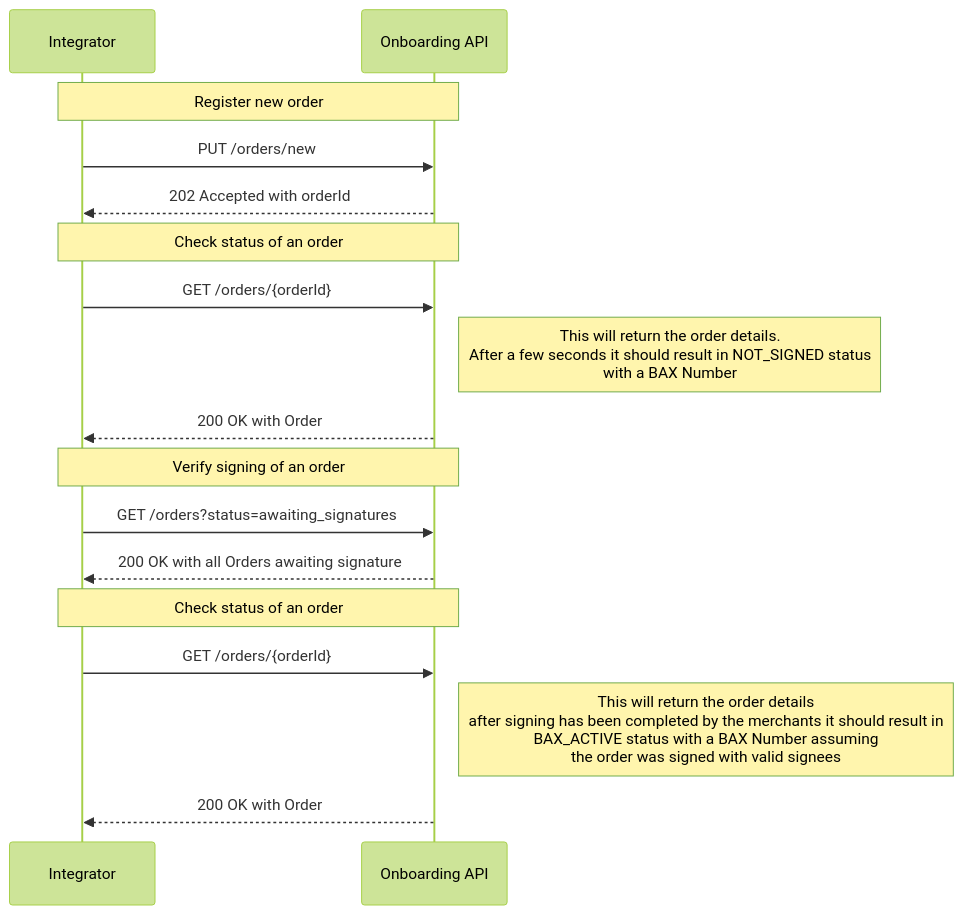
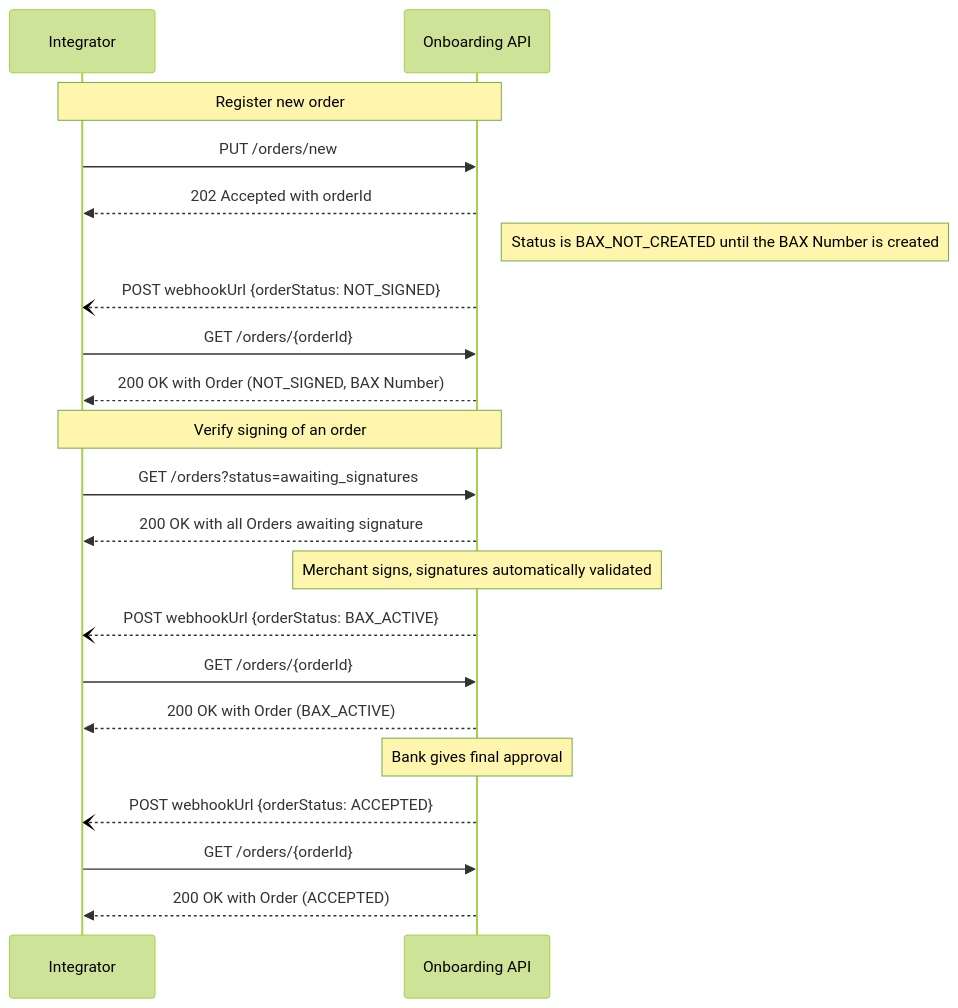
The first of 9 diagrams in docs/prod_flows.md (BankAxept/bankaxept-onboarding-external-documentation), drawn with Mermaid (forest theme) before and after one commit. The commit also changed other lines of this file and 6 other files, not shown here.

First line of the commit message:
Link from the introduction flowchart to the prod/test flows (#48)

````diff
--- a/docs/prod_flows.md
+++ b/docs/prod_flows.md
@@ -5,23 +9,28 @@
 ```mermaid
 sequenceDiagram
 participant I as Integrator
 participant O as Onboarding API
 
 note over I, O: Register new order
 I ->> O: PUT /orders/new
 O -->> I: 202 Accepted with orderId
+note right of O: Status is BAX_NOT_CREATED until the BAX Number is created
 
-note over I, O: Check status of an order
+O --) I: POST webhookUrl {orderStatus: NOT_SIGNED}
 I ->> O : GET /orders/{orderId}
-note right of O: This will return the order details. <br/> After a few seconds it should result in NOT_SIGNED status <br/> with a BAX Number
-O -->> I: 200 OK with Order
+O -->> I: 200 OK with Order (NOT_SIGNED, BAX Number)
 
 note over I, O: Verify signing of an order
 I ->> O: GET /orders?status=awaiting_signatures
 O -->> I: 200 OK with all Orders awaiting signature
 
-note over I, O: Check status of an order
+note over O: Merchant signs, signatures automatically validated
+O --) I: POST webhookUrl {orderStatus: BAX_ACTIVE}
 I ->> O : GET /orders/{orderId}
-note right of O: This will return the order details <br/> after signing has been completed by the merchants it should result in <br/> BAX_ACTIVE status with a BAX Number assuming <br/> the order was signed with valid signees
-O -->> I: 200 OK with Order
+O -->> I: 200 OK with Order (BAX_ACTIVE)
+
+note over O: Bank gives final approval
+O --) I: POST webhookUrl {orderStatus: ACCEPTED}
+I ->> O : GET /orders/{orderId}
+O -->> I: 200 OK with Order (ACCEPTED)
 ```
````
